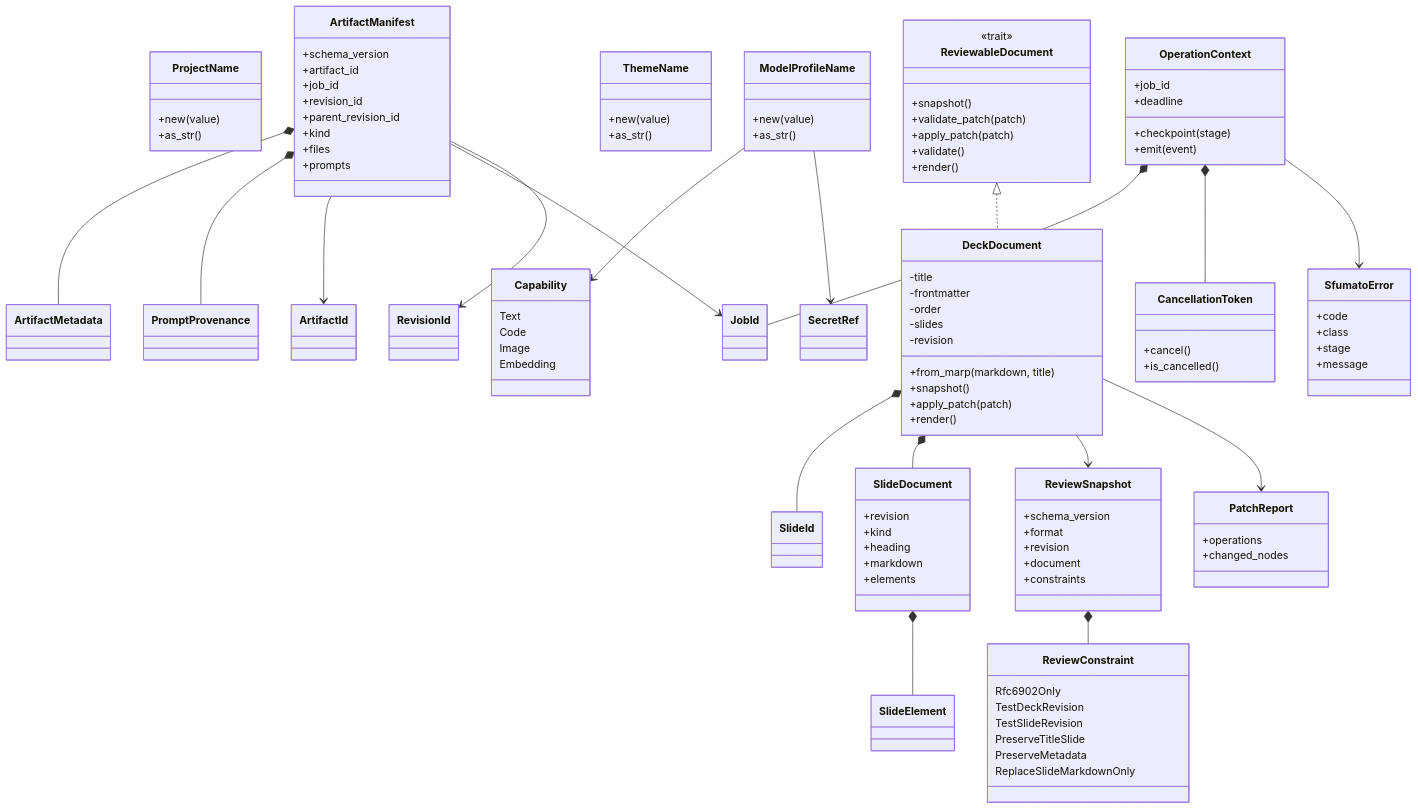
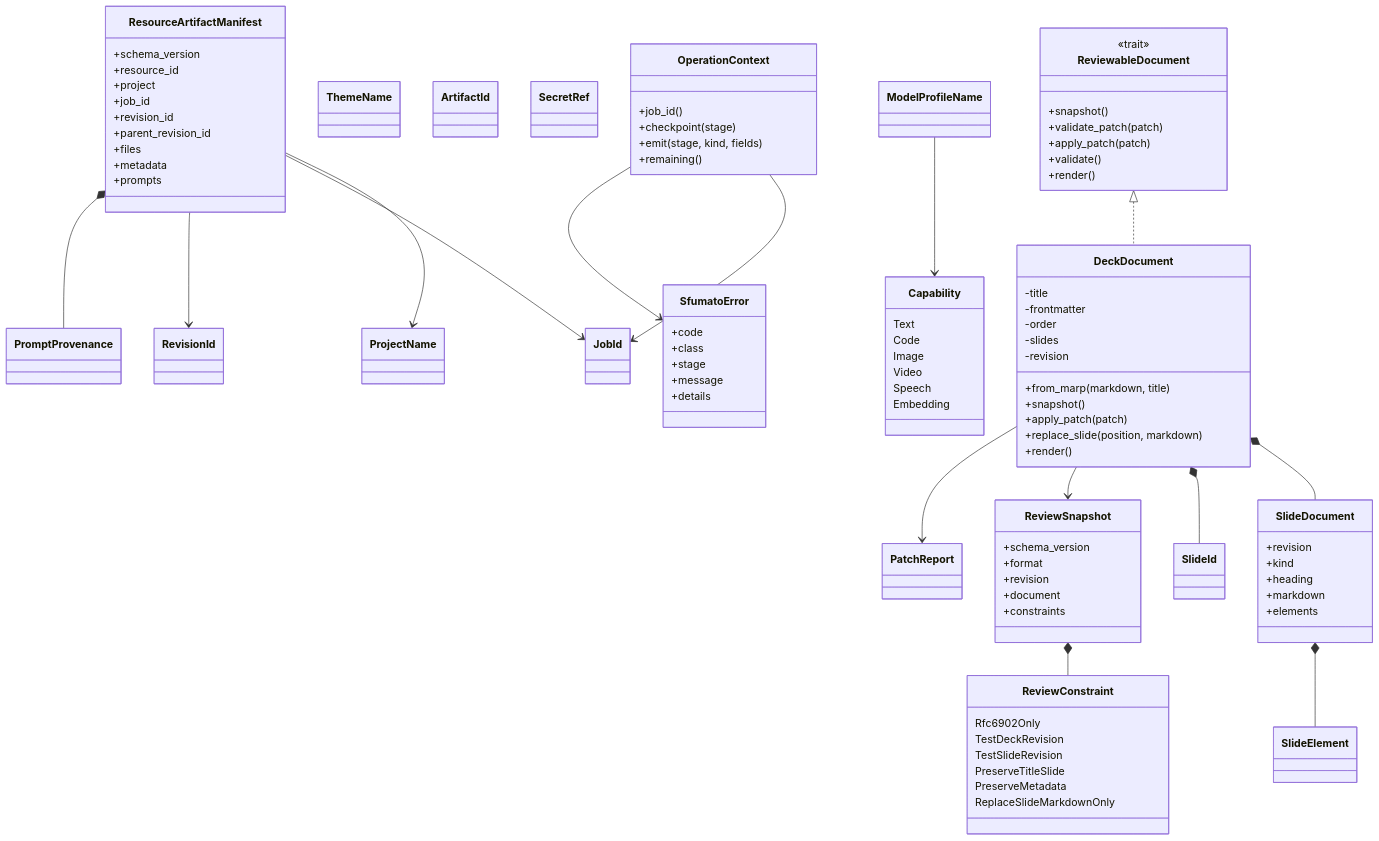
One commit to getsfumato/cli changed the diagram in docs/architecture/domain-model.mmd. Above: the diagram before and after it, drawn with Mermaid. The commit also changed 26 other files, not shown here.

First line of the commit message:
refactor(architecture): finalize v0.2 contracts

```diff
--- a/docs/architecture/domain-model.mmd
+++ b/docs/architecture/domain-model.mmd
@@ -1,120 +1,104 @@
-%% Sfumato v0.2 types currently present in sfumato-domain and sfumato-core.
+%% Domain entities and application contracts implemented in v0.2.
 classDiagram
-    class ProjectName {
-        +new(value)
-        +as_str()
-    }
-    class ModelProfileName {
-        +new(value)
-        +as_str()
-    }
-    class ThemeName {
-        +new(value)
-        +as_str()
-    }
+    class ProjectName
+    class ModelProfileName
+    class ThemeName
     class JobId
     class ArtifactId
     class RevisionId
     class SecretRef
     class Capability {
         Text
         Code
         Image
+        Video
+        Speech
         Embedding
     }
 
     class DeckDocument {
         -title
         -frontmatter
         -order
         -slides
         -revision
         +from_marp(markdown, title)
         +snapshot()
         +apply_patch(patch)
+        +replace_slide(position, markdown)
         +render()
     }
     class ReviewableDocument {
         <<trait>>
         +snapshot()
         +validate_patch(patch)
         +apply_patch(patch)
         +validate()
         +render()
     }
     class ReviewSnapshot {
         +schema_version
         +format
         +revision
         +document
         +constraints
     }
     class ReviewConstraint {
         Rfc6902Only
         TestDeckRevision
         TestSlideRevision
         PreserveTitleSlide
         PreserveMetadata
         ReplaceSlideMarkdownOnly
     }
     class SlideDocument {
         +revision
         +kind
         +heading
         +markdown
         +elements
     }
     class SlideId
     class SlideElement
-    class PatchReport {
-        +operations
-        +changed_nodes
-    }
+    class PatchReport
 
-    class ArtifactManifest {
+    class ResourceArtifactManifest {
         +schema_version
-        +artifact_id
+        +resource_id
+        +project
         +job_id
         +revision_id
         +parent_revision_id
-        +kind
         +files
+        +metadata
         +prompts
     }
-    class ArtifactMetadata
     class PromptProvenance
-
     class OperationContext {
-        +job_id
-        +deadline
+        +job_id()
         +checkpoint(stage)
-        +emit(event)
-    }
-    class CancellationToken {
-        +cancel()
-        +is_cancelled()
+        +emit(stage, kind, fields)
+        +remaining()
     }
     class SfumatoError {
         +code
         +class
         +stage
         +message
+        +details
     }
 
     ReviewableDocument <|.. DeckDocument
+    DeckDocument *-- SlideDocument
     DeckDocument *-- SlideId
-    DeckDocument *-- SlideDocument
     SlideDocument *-- SlideElement
     DeckDocument --> ReviewSnapshot
     ReviewSnapshot *-- ReviewConstraint
     DeckDocument --> PatchReport
-    ArtifactManifest *-- ArtifactMetadata
-    ArtifactManifest *-- PromptProvenance
-    ArtifactManifest --> ArtifactId
-    ArtifactManifest --> JobId
-    ArtifactManifest --> RevisionId
-    OperationContext *-- JobId
-    OperationContext *-- CancellationToken
+    ResourceArtifactManifest --> ProjectName
+    ResourceArtifactManifest --> JobId
+    ResourceArtifactManifest --> RevisionId
+    ResourceArtifactManifest *-- PromptProvenance
+    OperationContext --> JobId
     OperationContext --> SfumatoError
     ModelProfileName --> Capability
-    ModelProfileName --> SecretRef
```
